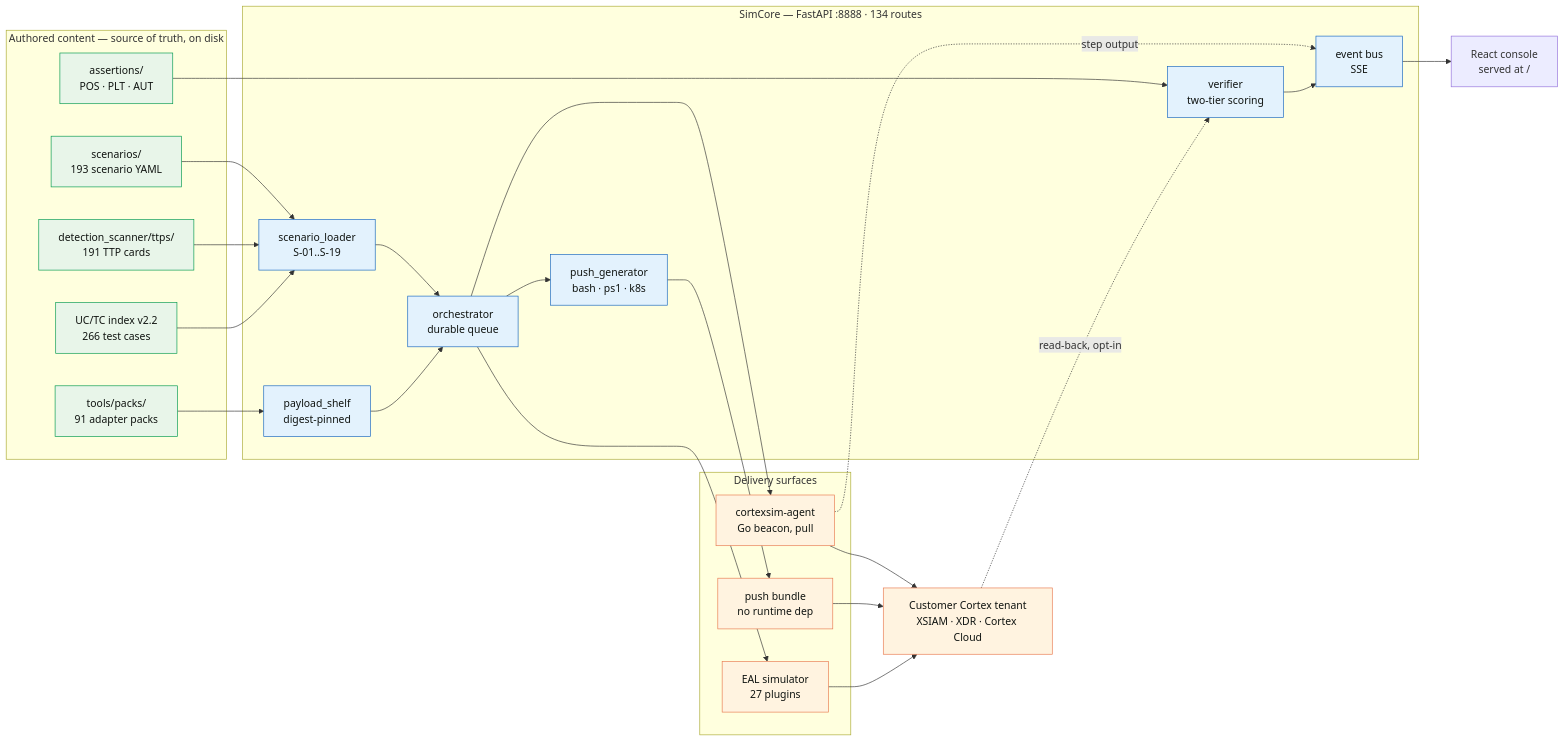
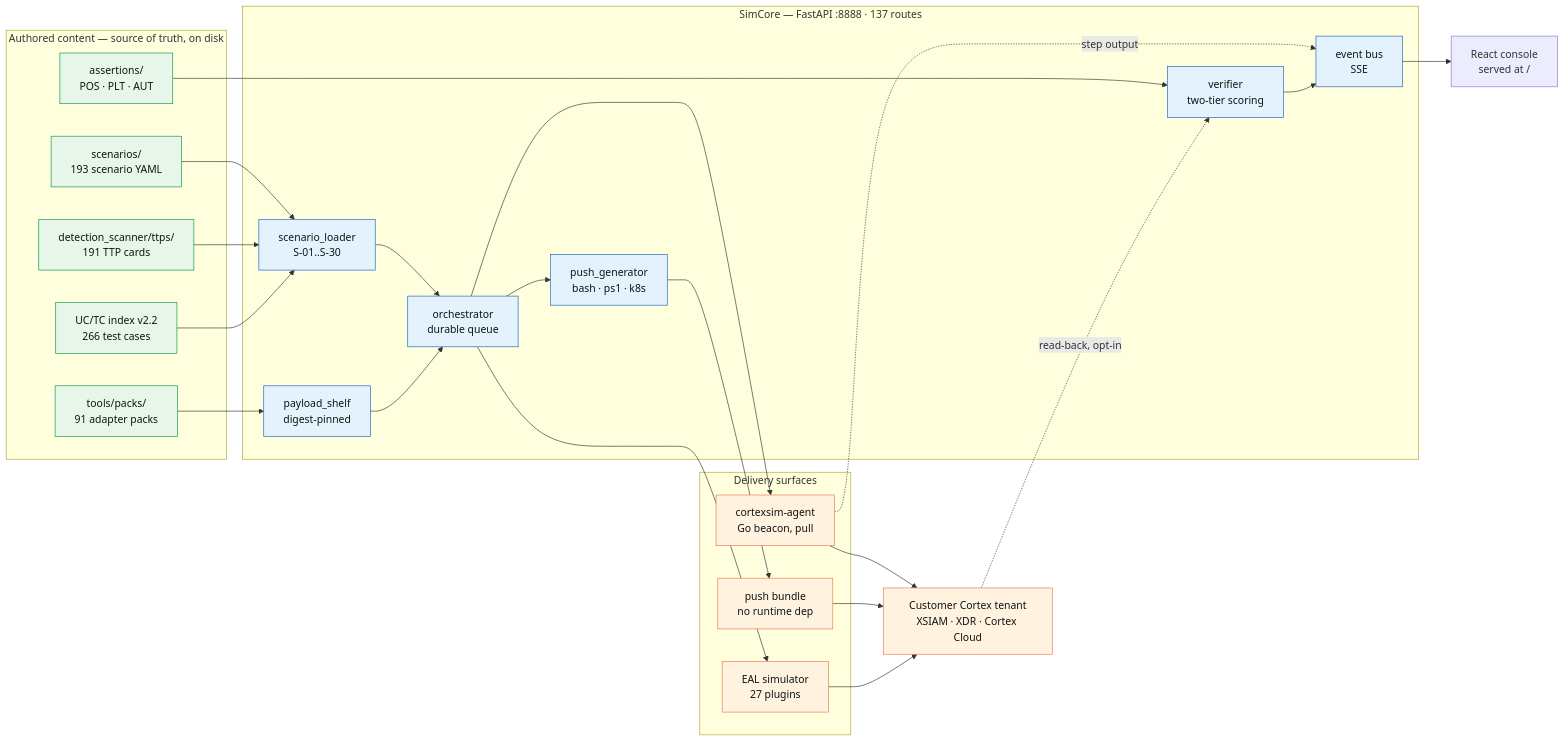
One commit to hankthebldr/cortex-pov-engine changed the first of 6 diagrams in README.md. Above: the diagram before and after it, drawn with Mermaid. The commit also changed other lines of this file, not shown here.

````diff
--- a/README.md
+++ b/README.md
@@ -193,54 +219,54 @@
 ```mermaid
 flowchart LR
     subgraph AUTHOR["Authored content — source of truth, on disk"]
         SC["scenarios/<br/>193 scenario YAML"]
         TTP["detection_scanner/ttps/<br/>191 TTP cards"]
         ASRT["assertions/<br/>POS · PLT · AUT"]
         PACK["tools/packs/<br/>91 adapter packs"]
         IDX["UC/TC index v2.2<br/>266 test cases"]
     end
 
-    subgraph CORE["SimCore — FastAPI :8888 · 134 routes"]
-        LOAD["scenario_loader<br/>S-01..S-19"]
+    subgraph CORE["SimCore — FastAPI :8888 · 137 routes"]
+        LOAD["scenario_loader<br/>S-01..S-30"]
         ORCH["orchestrator<br/>durable queue"]
         SHELF["payload_shelf<br/>digest-pinned"]
         VERIF["verifier<br/>two-tier scoring"]
         BUS["event bus<br/>SSE"]
         PUSH["push_generator<br/>bash · ps1 · k8s"]
     end
 
     subgraph EXEC["Delivery surfaces"]
         AGENT["cortexsim-agent<br/>Go beacon, pull"]
         BUNDLE["push bundle<br/>no runtime dep"]
         EAL["EAL simulator<br/>27 plugins"]
     end
 
     TENANT["Customer Cortex tenant<br/>XSIAM · XDR · Cortex Cloud"]
     UI["React console<br/>served at /"]
 
     SC --> LOAD
     TTP --> LOAD
     PACK --> SHELF
     IDX --> LOAD
     ASRT --> VERIF
     LOAD --> ORCH
     SHELF --> ORCH
     ORCH --> AGENT
     ORCH --> PUSH
     PUSH --> BUNDLE
     ORCH --> EAL
     AGENT --> TENANT
     BUNDLE --> TENANT
     EAL --> TENANT
     AGENT -. "step output" .-> BUS
     BUS --> UI
     TENANT -. "read-back, opt-in" .-> VERIF
     VERIF --> BUS
 
     classDef src fill:#e8f5e9,stroke:#00994d,color:#101411
     classDef eng fill:#e3f2fd,stroke:#1565c0,color:#101411
     classDef out fill:#fff3e0,stroke:#e87a4f,color:#101411
     class SC,TTP,ASRT,PACK,IDX src
     class LOAD,ORCH,SHELF,VERIF,BUS,PUSH eng
     class AGENT,BUNDLE,EAL,TENANT out
 ```
````
